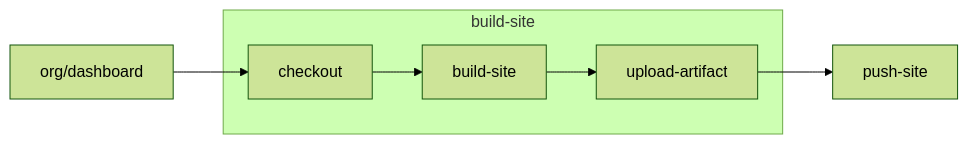
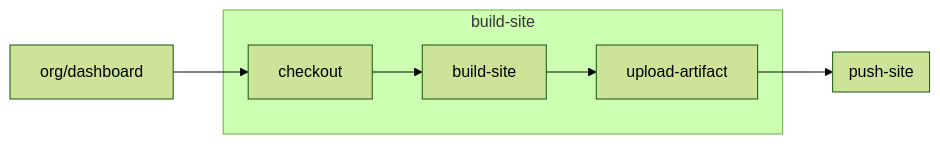
Before and after one commit to hubverse-org/hubDocs: the third of 3 diagrams in docs/source/developer/dashboard-workflows.md, drawn with Mermaid (forest theme). The commit also changed other lines of this file, not shown here.

````diff
--- a/docs/source/developer/dashboard-workflows.md
+++ b/docs/source/developer/dashboard-workflows.md
@@ -229,14 +278,15 @@
 ```{mermaid}
-:name: branch-diagram-2
+:name: generate-site-workflow
 :alt: A flowchart that demonstrates flow of data from the hub and dashboard to the final site with the tools that build each component labelling arrows.
 :config: {"theme": "base", "themeVariables": {"primaryColor": "#dbeefb", "primaryBorderColor": "#3c88be"}}
 flowchart LR
   dashboard["org/dashboard"]
-  push["push-site"]
+  subgraph push-site
+  end
   subgraph build-site
     checkout
     bs["build-site"]
     upload["upload-artifact"]
   end
-  dashboard --> checkout --> bs --> upload --> push
+  dashboard --> checkout --> bs --> upload --> push-site
 ```
````
